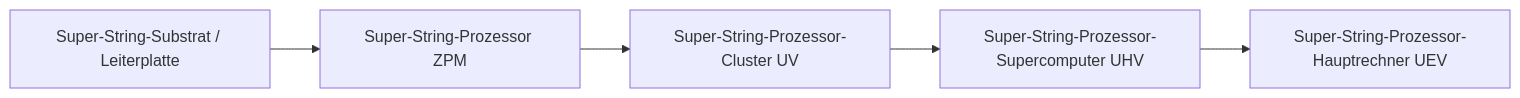
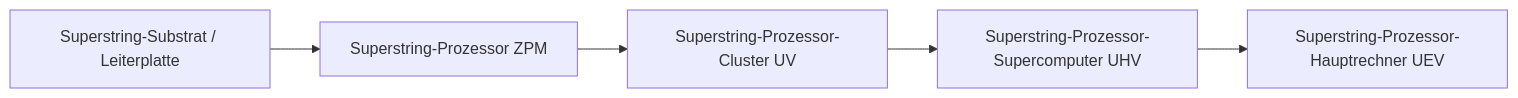
One commit to takanashisatou/GregtechEasy changed the first of 2 diagrams in docs/de/gtecore/circuits-and-materials.md. Above: the diagram before and after it, drawn with Mermaid. The commit also changed other lines of this file and 138 other files, not shown here.

````diff
--- a/docs/de/gtecore/circuits-and-materials.md
+++ b/docs/de/gtecore/circuits-and-materials.md
@@ -11,7 +11,7 @@
 ```mermaid
 graph LR
-    A[Super-String-Substrat / Leiterplatte] --> B[Super-String-Prozessor ZPM]
-    B --> C[Super-String-Prozessor-Cluster UV]
-    C --> D[Super-String-Prozessor-Supercomputer UHV]
-    D --> E[Super-String-Prozessor-Hauptrechner UEV]
+    A[Superstring-Substrat / Leiterplatte] --> B[Superstring-Prozessor ZPM]
+    B --> C[Superstring-Prozessor-Cluster UV]
+    C --> D[Superstring-Prozessor-Supercomputer UHV]
+    D --> E[Superstring-Prozessor-Hauptrechner UEV]
 ```
````
